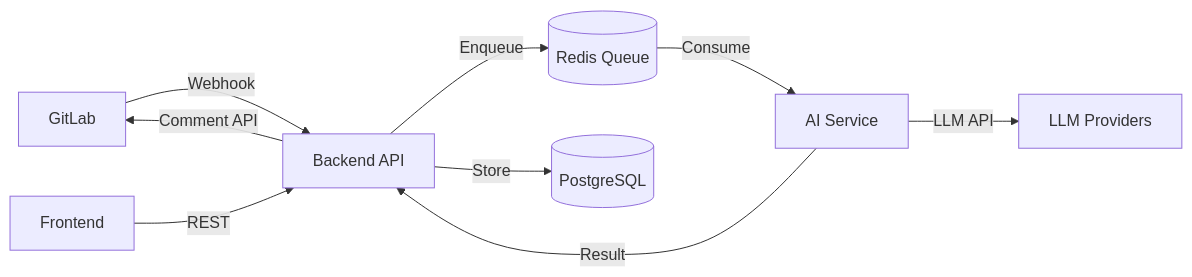
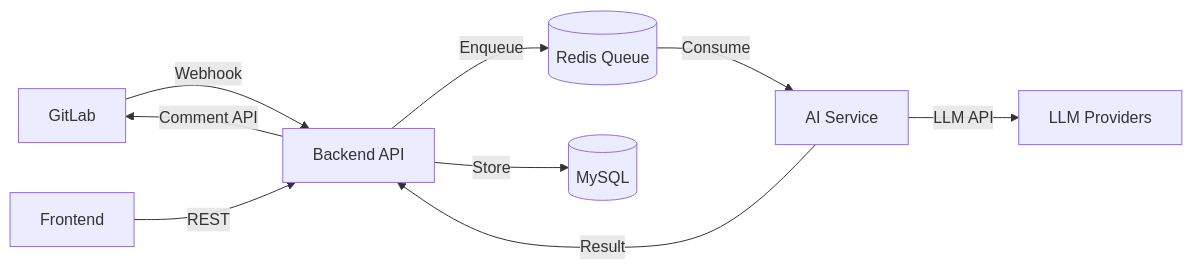
One commit to yehan-s/MoonLens-server changed the diagram in .spec-workflow/steering/tech.md. Above: the diagram before and after it, drawn with Mermaid. The commit also changed other lines of this file and 52 other files, not shown here.

````diff
--- a/.spec-workflow/steering/tech.md
+++ b/.spec-workflow/steering/tech.md
@@ -108,11 +108,11 @@
 ```mermaid
 graph LR
     GL[GitLab] -->|Webhook| BE[Backend API]
     BE -->|Enqueue| RD[(Redis Queue)]
     RD -->|Consume| AI[AI Service]
     AI -->|LLM API| LLM[LLM Providers]
     AI -->|Result| BE
     BE -->|Comment API| GL
-    BE -->|Store| PG[(PostgreSQL)]
+    BE -->|Store| MY[(MySQL)]
     FE[Frontend] -->|REST| BE
 ```
````
